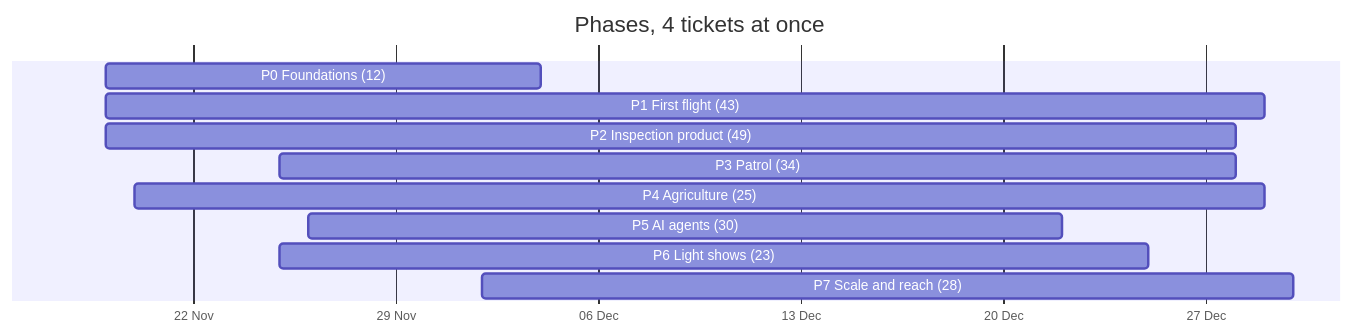
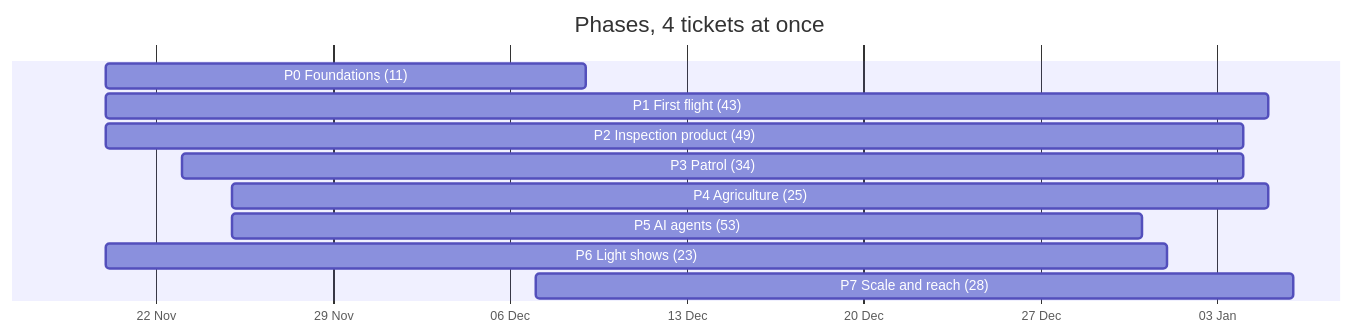
The second of 3 diagrams in docs/specs/roadmap/14-parallel-plan.md (gpbcom/swarm), drawn with Mermaid before and after one commit. The commit also changed other lines of this file and 186 other files, not shown here.

````diff
--- a/docs/specs/roadmap/14-parallel-plan.md
+++ b/docs/specs/roadmap/14-parallel-plan.md
@@ -62,14 +62,14 @@
 ```mermaid
 gantt
     title Phases, 4 tickets at once
     dateFormat YYYY-MM-DD
     axisFormat %d %b
-    P0 Foundations (12) :p0, 2026-11-19, 2026-12-04
-    P1 First flight (43) :p1, 2026-11-19, 2026-12-29
-    P2 Inspection product (49) :p2, 2026-11-19, 2026-12-28
-    P3 Patrol (34) :p3, 2026-11-25, 2026-12-28
-    P4 Agriculture (25) :p4, 2026-11-20, 2026-12-29
-    P5 AI agents (30) :p5, 2026-11-26, 2026-12-22
-    P6 Light shows (23) :p6, 2026-11-25, 2026-12-25
-    P7 Scale and reach (28) :p7, 2026-12-02, 2026-12-30
+    P0 Foundations (11) :p0, 2026-11-20, 2026-12-09
+    P1 First flight (43) :p1, 2026-11-20, 2027-01-05
+    P2 Inspection product (49) :p2, 2026-11-20, 2027-01-04
+    P3 Patrol (34) :p3, 2026-11-23, 2027-01-04
+    P4 Agriculture (25) :p4, 2026-11-25, 2027-01-05
+    P5 AI agents (53) :p5, 2026-11-25, 2026-12-31
+    P6 Light shows (23) :p6, 2026-11-20, 2027-01-01
+    P7 Scale and reach (28) :p7, 2026-12-07, 2027-01-06
 ```
````
